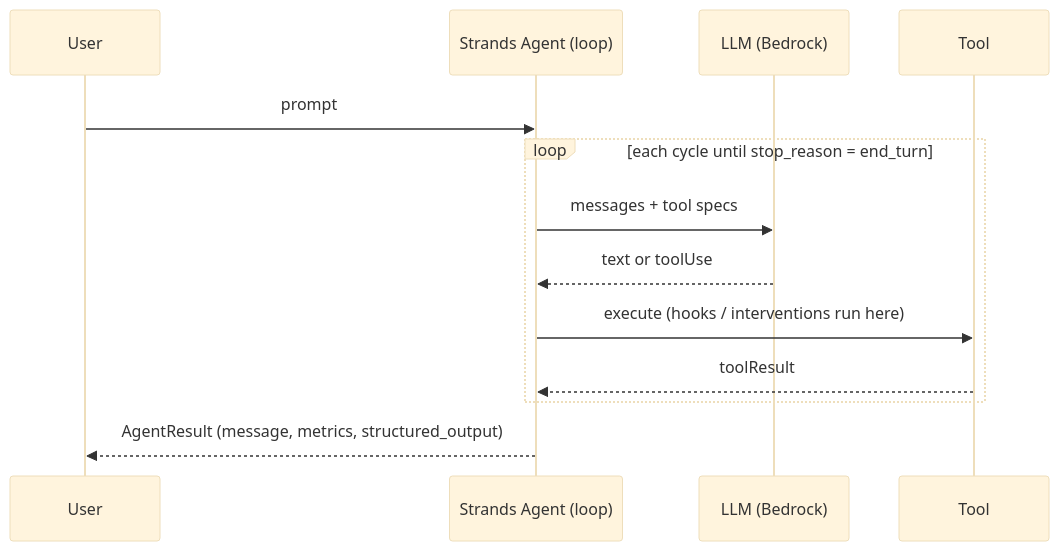
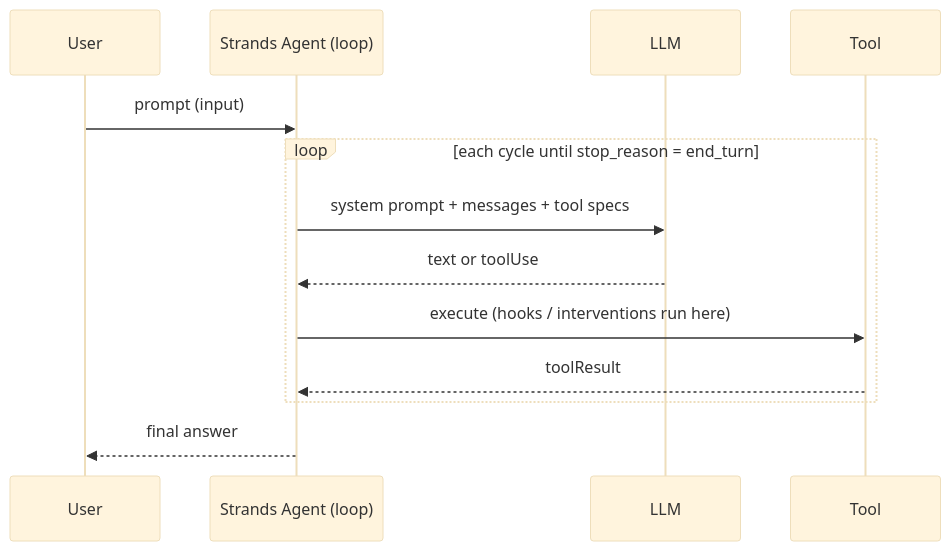
The second of 2 diagrams in README.md (san99tiago/aws-strands-agents-demo), drawn with Mermaid (base theme) before and after one commit. The commit also changed other lines of this file and 54 other files, not shown here.

````diff
--- a/README.md
+++ b/README.md
@@ -28,15 +27,15 @@
 ```mermaid
 sequenceDiagram
     participant User
     participant Agent as Strands Agent (loop)
-    participant Model as LLM (Bedrock)
+    participant Model as LLM
     participant Tool
-    User->>Agent: prompt
+    User->>Agent: prompt (input)
     loop each cycle until stop_reason = end_turn
-        Agent->>Model: messages + tool specs
+        Agent->>Model: system prompt + messages + tool specs
         Model-->>Agent: text or toolUse
         Agent->>Tool: execute (hooks / interventions run here)
         Tool-->>Agent: toolResult
     end
-    Agent-->>User: AgentResult (message, metrics, structured_output)
+    Agent-->>User: final answer
 ```
````
